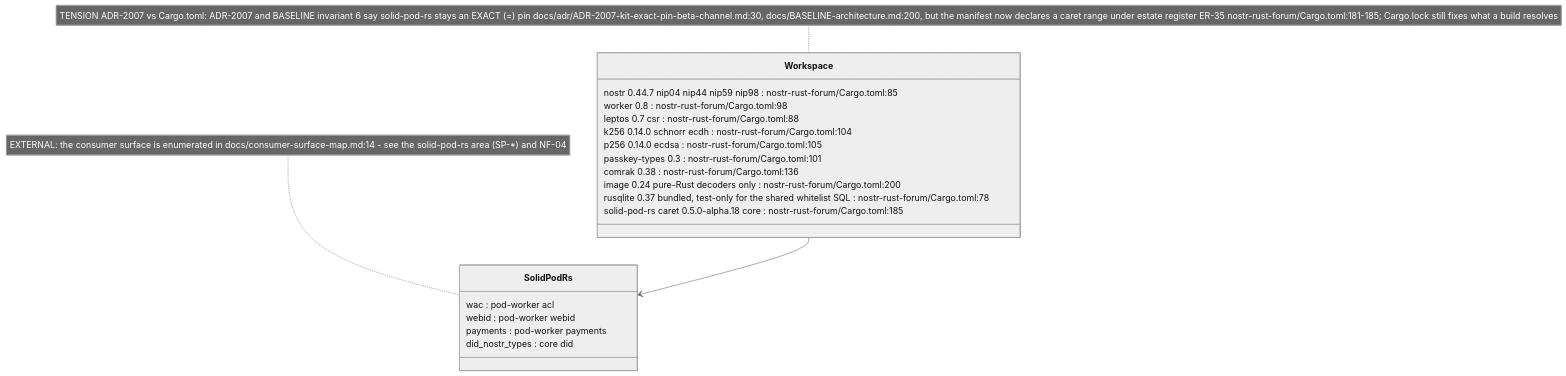
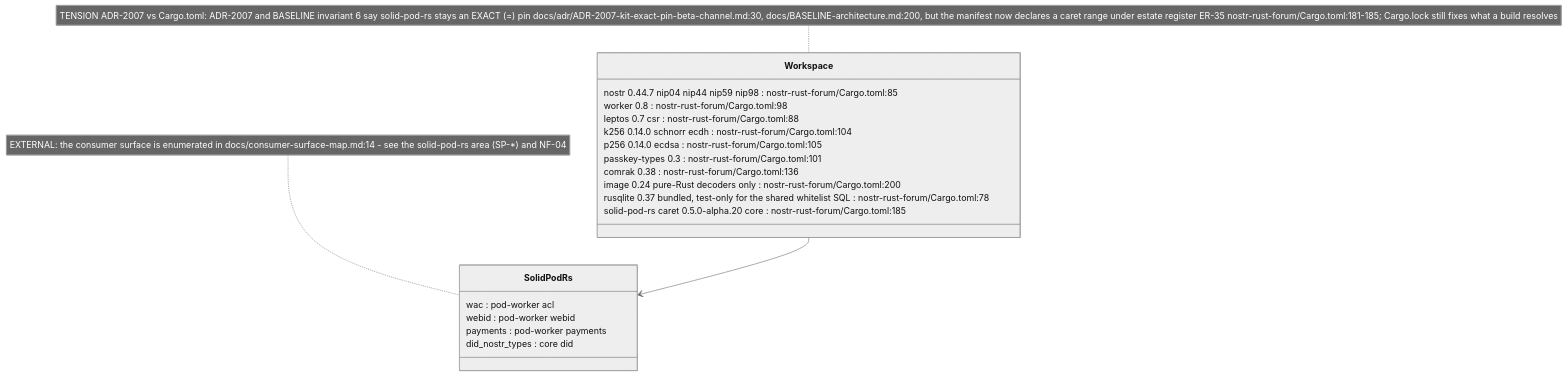
Before and after one commit to DreamLab-AI/VisionFlow: the fourth of 6 diagrams in docs/diagrams/nostr-rust-forum/01-workspace-and-worker-topology.md, drawn with Mermaid (neutral theme). The commit also changed other lines of this file and 59 other files, not shown here.

First line of the commit message:
docs(diagrams): re-derive and re-stamp forum, website, pod, ontomark and sealmap topics

````diff
--- a/docs/diagrams/nostr-rust-forum/01-workspace-and-worker-topology.md
+++ b/docs/diagrams/nostr-rust-forum/01-workspace-and-worker-topology.md
@@ -171,25 +171,25 @@
 ```mermaid
 classDiagram
     class Workspace {
         nostr 0.44.7 nip04 nip44 nip59 nip98 : nostr-rust-forum/Cargo.toml:85
         worker 0.8 : nostr-rust-forum/Cargo.toml:98
         leptos 0.7 csr : nostr-rust-forum/Cargo.toml:88
         k256 0.14.0 schnorr ecdh : nostr-rust-forum/Cargo.toml:104
         p256 0.14.0 ecdsa : nostr-rust-forum/Cargo.toml:105
         passkey-types 0.3 : nostr-rust-forum/Cargo.toml:101
         comrak 0.38 : nostr-rust-forum/Cargo.toml:136
         image 0.24 pure-Rust decoders only : nostr-rust-forum/Cargo.toml:200
         rusqlite 0.37 bundled, test-only for the shared whitelist SQL : nostr-rust-forum/Cargo.toml:78
-        solid-pod-rs caret 0.5.0-alpha.18 core : nostr-rust-forum/Cargo.toml:185
+        solid-pod-rs caret 0.5.0-alpha.20 core : nostr-rust-forum/Cargo.toml:185
     }
     class SolidPodRs {
         wac : pod-worker acl
         webid : pod-worker webid
         payments : pod-worker payments
         did_nostr_types : core did
     }
     Workspace --> SolidPodRs
 
     note for Workspace "TENSION ADR-2007 vs Cargo.toml: ADR-2007 and BASELINE invariant 6 say solid-pod-rs stays an EXACT (=) pin docs/adr/ADR-2007-kit-exact-pin-beta-channel.md:30, docs/BASELINE-architecture.md:200, but the manifest now declares a caret range under estate register ER-35 nostr-rust-forum/Cargo.toml:181-185; Cargo.lock still fixes what a build resolves"
     note for SolidPodRs "EXTERNAL: the consumer surface is enumerated in docs/consumer-surface-map.md:14 - see the solid-pod-rs area (SP-*) and NF-04"
 ```
````
